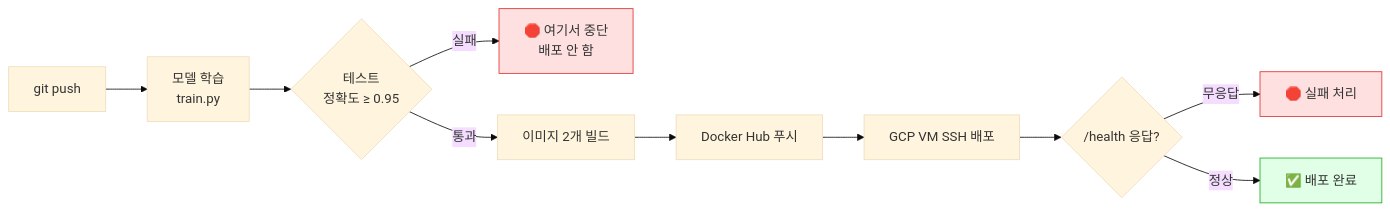
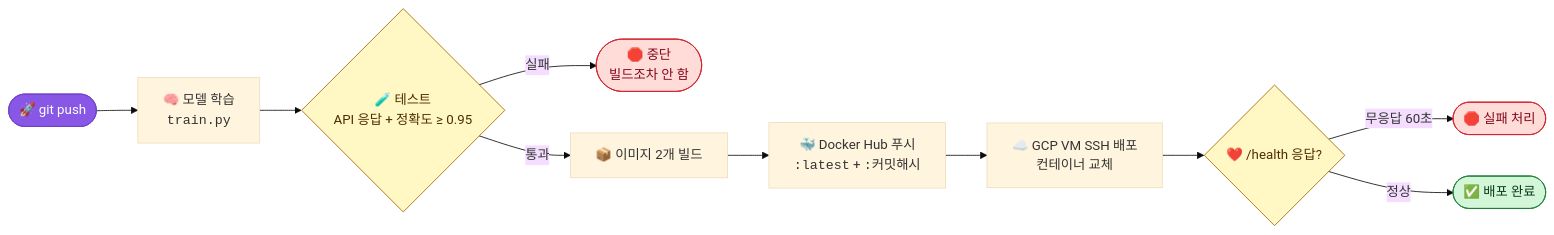
Before and after one commit to soya914/mlops_serving: the first of 3 diagrams in README.md, drawn with Mermaid (base theme). The commit also changed other lines of this file and 3 other files, not shown here.

````diff
--- a/README.md
+++ b/README.md
@@ -21,16 +32,19 @@
 ```mermaid
 flowchart LR
-    A["git push"] --> B["모델 학습<br/>train.py"]
-    B --> C{"테스트<br/>정확도 ≥ 0.95"}
-    C -- 실패 --> X["🛑 여기서 중단<br/>배포 안 함"]
-    C -- 통과 --> D["이미지 2개 빌드"]
-    D --> E["Docker Hub 푸시"]
-    E --> F["GCP VM SSH 배포"]
-    F --> G{"/health 응답?"}
-    G -- 무응답 --> Y["🛑 실패 처리"]
-    G -- 정상 --> Z["✅ 배포 완료"]
+    A(["🚀 git push"]) --> B["🧠 모델 학습<br/><code>train.py</code>"]
+    B --> C{"🧪 테스트<br/>API 응답 + 정확도 ≥ 0.95"}
+    C -- "실패" --> X(["🛑 중단<br/>빌드조차 안 함"])
+    C -- "통과" --> D["📦 이미지 2개 빌드"]
+    D --> E["🐳 Docker Hub 푸시<br/><code>:latest</code> + <code>:커밋해시</code>"]
+    E --> F["☁️ GCP VM SSH 배포<br/>컨테이너 교체"]
+    F --> G{"❤️ /health 응답?"}
+    G -- "무응답 60초" --> Y(["🛑 실패 처리"])
+    G -- "정상" --> Z(["✅ 배포 완료"])
 
-    style X fill:#ffe0e0,stroke:#d33
-    style Y fill:#ffe0e0,stroke:#d33
-    style Z fill:#e0ffe6,stroke:#2a2
+    style A fill:#8957e5,stroke:#6e40c9,color:#fff
+    style X fill:#ffdcd7,stroke:#cf222e,color:#82071e
+    style Y fill:#ffdcd7,stroke:#cf222e,color:#82071e
+    style Z fill:#d3f5d8,stroke:#1a7f37,color:#0a3a1a
+    style C fill:#fff8c5,stroke:#9a6700,color:#4d2d00
+    style G fill:#fff8c5,stroke:#9a6700,color:#4d2d00
 ```
````
